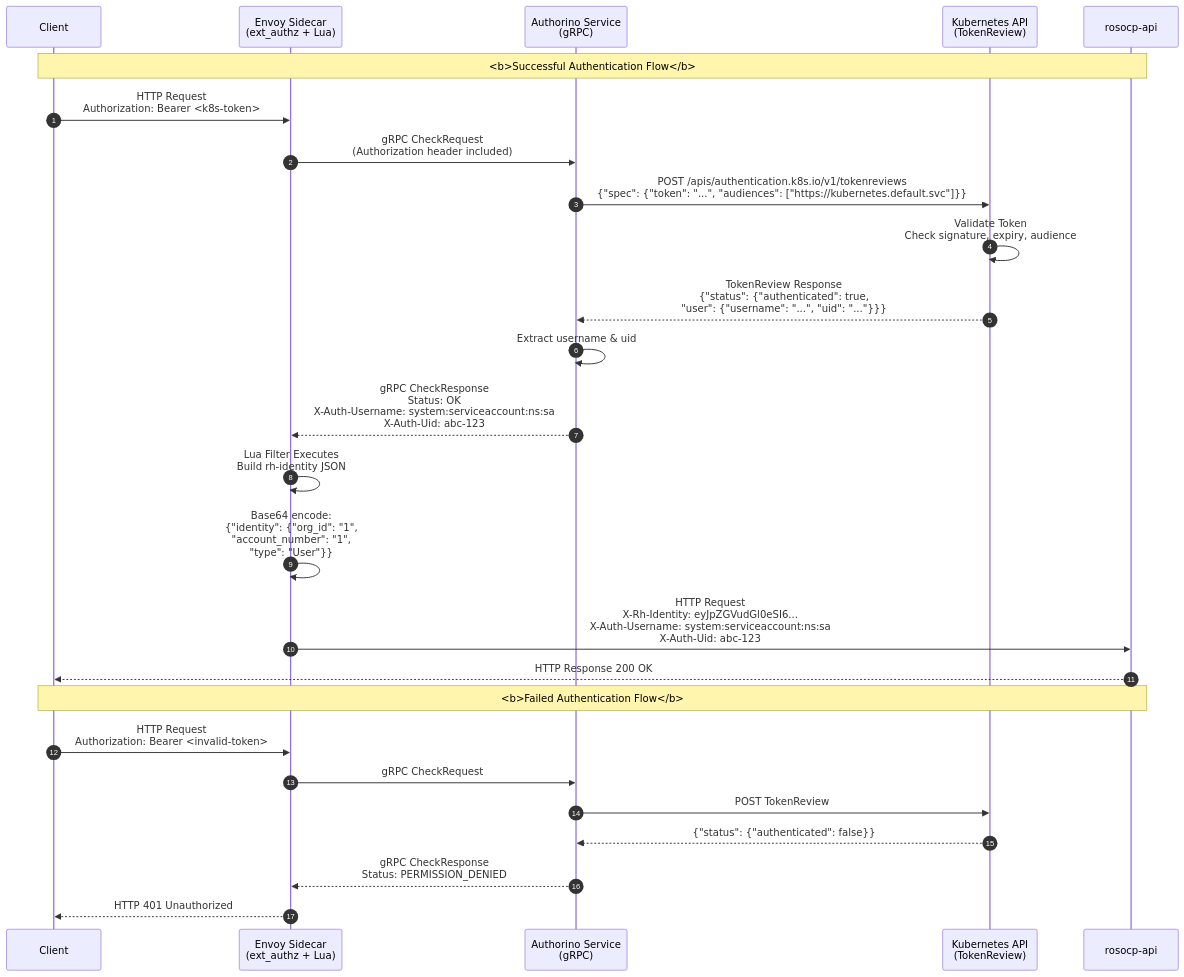
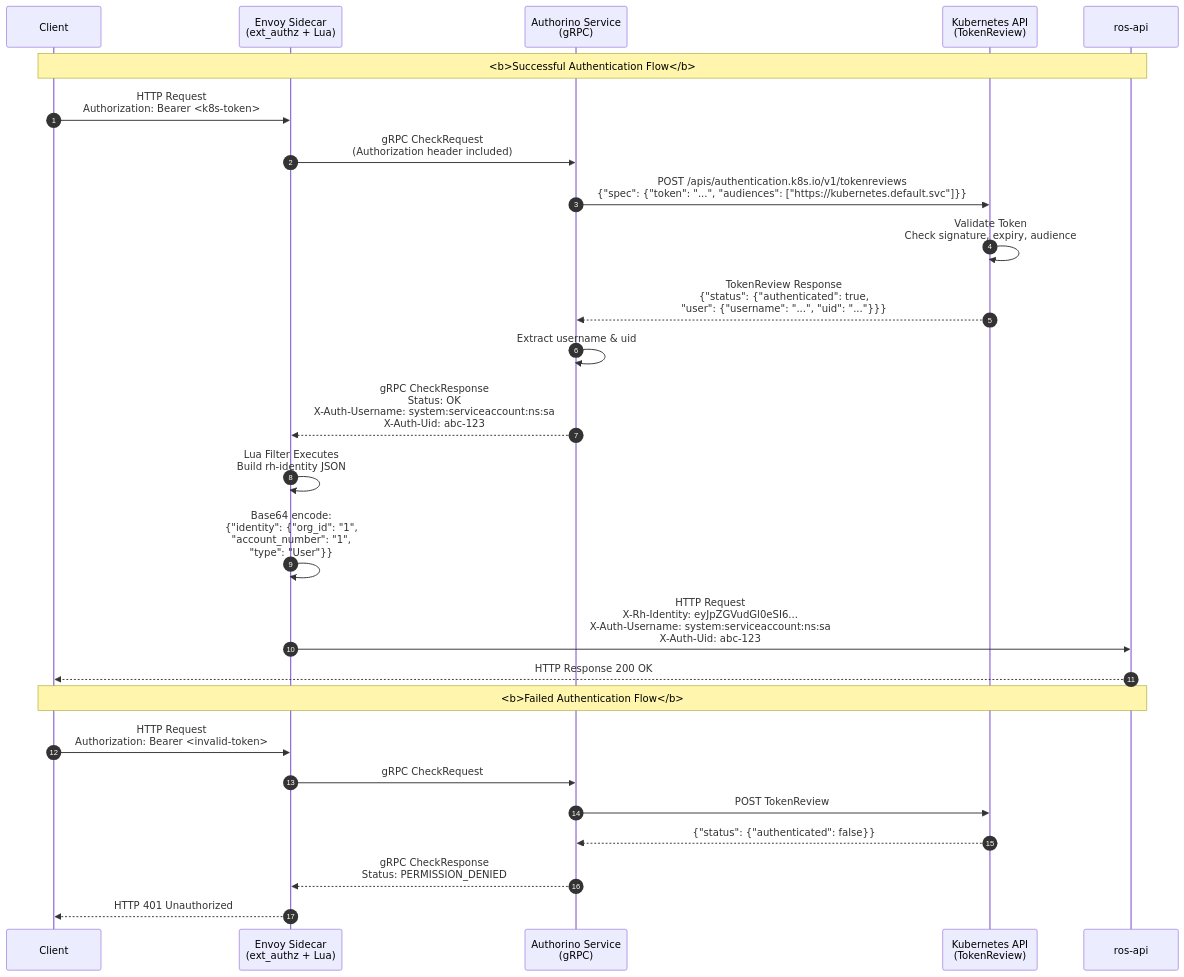
The second of 2 diagrams in docs/oauth2-tokenreview-authentication.md (jordigilh/ros-helm-chart), drawn with Mermaid before and after one commit. The commit also changed other lines of this file and 14 other files, not shown here.

First line of the commit message:
docs: Update all documentation for chart rename and refactoring

````diff
--- a/docs/oauth2-tokenreview-authentication.md
+++ b/docs/oauth2-tokenreview-authentication.md
@@ -87,47 +87,47 @@
 ```mermaid
 sequenceDiagram
     autonumber
     participant Client
     participant Envoy as Envoy Sidecar<br/>(ext_authz + Lua)
     participant Authorino as Authorino Service<br/>(gRPC)
     participant K8s as Kubernetes API<br/>(TokenReview)
-    participant Backend as rosocp-api
+    participant Backend as ros-api
 
     Note over Client,Backend: <b>Successful Authentication Flow</b>
 
     Client->>Envoy: HTTP Request<br/>Authorization: Bearer <k8s-token>
 
     Envoy->>Authorino: gRPC CheckRequest<br/>(Authorization header included)
 
     Authorino->>K8s: POST /apis/authentication.k8s.io/v1/tokenreviews<br/>{"spec": {"token": "...", "audiences": ["https://kubernetes.default.svc"]}}
 
     K8s->>K8s: Validate Token<br/>Check signature, expiry, audience
 
     K8s-->>Authorino: TokenReview Response<br/>{"status": {"authenticated": true,<br/>"user": {"username": "...", "uid": "..."}}}
 
     Authorino->>Authorino: Extract username & uid
 
     Authorino-->>Envoy: gRPC CheckResponse<br/>Status: OK<br/>X-Auth-Username: system:serviceaccount:ns:sa<br/>X-Auth-Uid: abc-123
 
     Envoy->>Envoy: Lua Filter Executes<br/>Build rh-identity JSON
 
     Envoy->>Envoy: Base64 encode:<br/>{"identity": {"org_id": "1",<br/>"account_number": "1",<br/>"type": "User"}}
 
     Envoy->>Backend: HTTP Request<br/>X-Rh-Identity: eyJpZGVudGl0eSI6...<br/>X-Auth-Username: system:serviceaccount:ns:sa<br/>X-Auth-Uid: abc-123
 
     Backend-->>Client: HTTP Response 200 OK
 
     Note over Client,Backend: <b>Failed Authentication Flow</b>
 
     Client->>Envoy: HTTP Request<br/>Authorization: Bearer <invalid-token>
 
     Envoy->>Authorino: gRPC CheckRequest
 
     Authorino->>K8s: POST TokenReview
 
     K8s-->>Authorino: {"status": {"authenticated": false}}
 
     Authorino-->>Envoy: gRPC CheckResponse<br/>Status: PERMISSION_DENIED
 
     Envoy-->>Client: HTTP 401 Unauthorized
 ```
````
